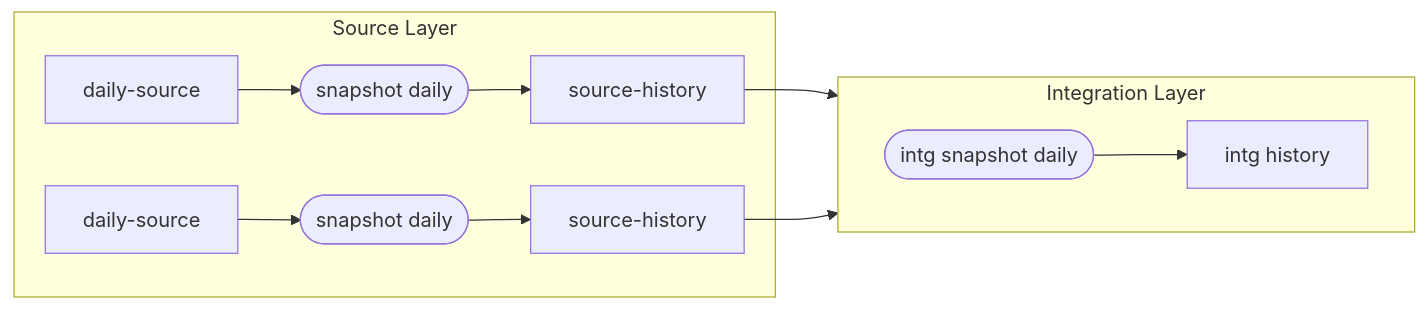
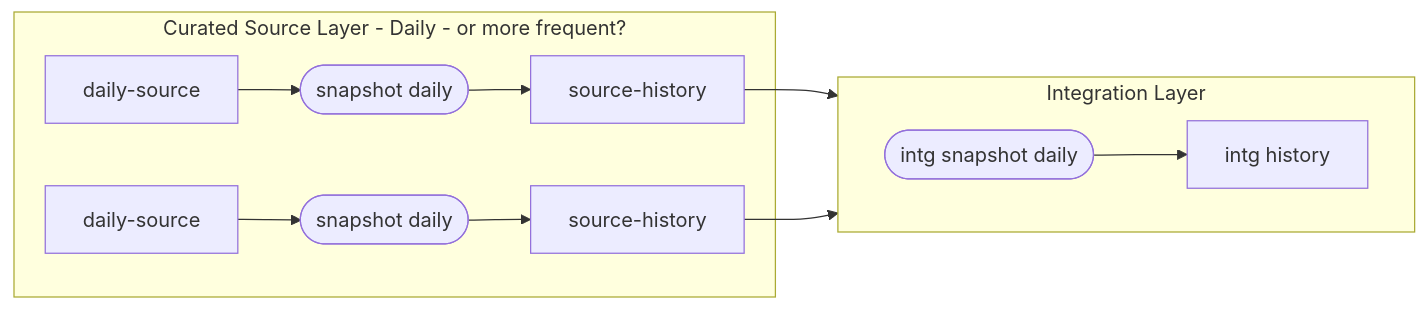
Before and after one commit to rvijay17/snapshot-experiment: the diagram in README.md, drawn with Mermaid.

````diff
--- a/README.md
+++ b/README.md
@@ -5,12 +5,12 @@
 ```mermaid
 flowchart LR 
-  subgraph Source Layer
+  subgraph Curated Source Layer - Daily - or more frequent?
   daily-source-->snapshot([snapshot daily])-->source-history
   ds2[daily-source]-->sn2([snapshot daily])-->sh2[source-history]
   end
   subgraph Integration Layer
   direction LR
   source-history-->intg-snapshot([intg snapshot daily])-->intghistory[intg history]
    sh2-->intg-snapshot([intg snapshot daily])
   end
 ```
````
